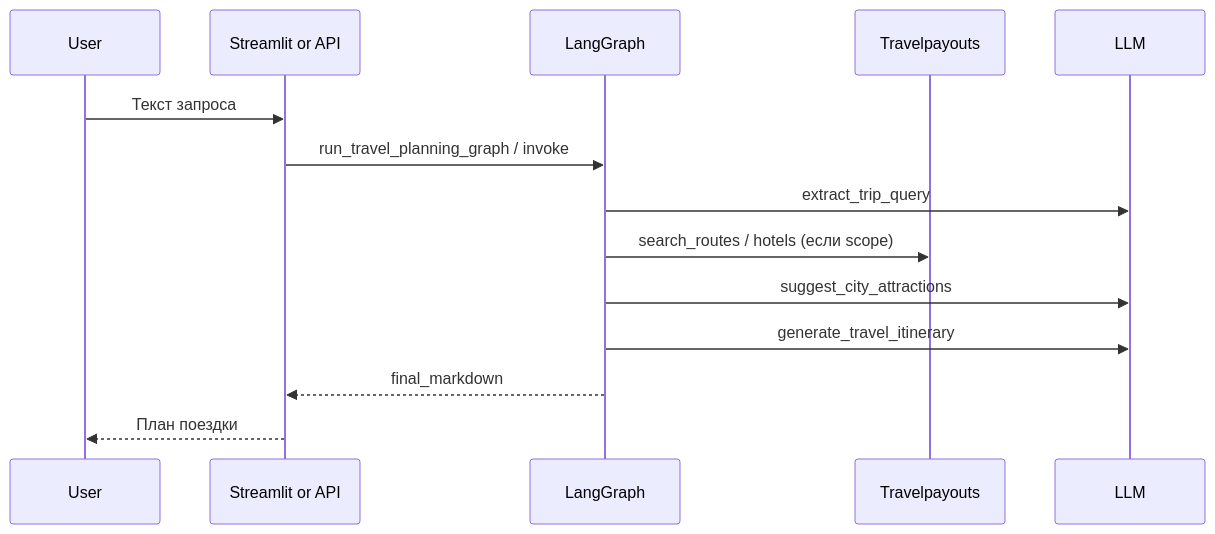
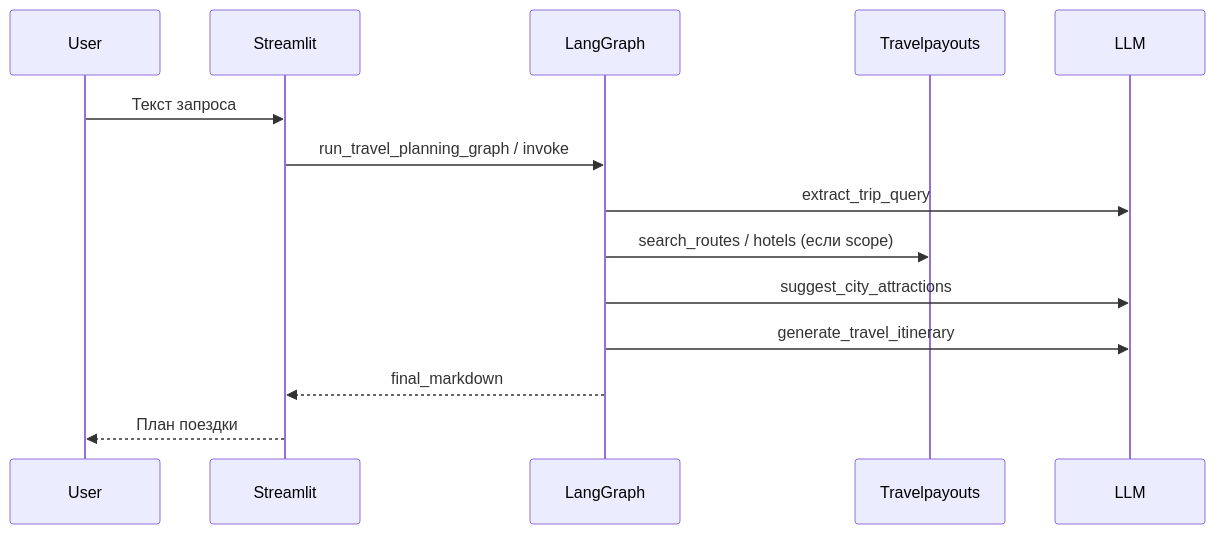
The diagram in docs/diagrams/data-flow.mmd (nastyakon14/AI_Travel_Planning_Agent), drawn with Mermaid before and after one commit. The commit also changed 32 other files, not shown here.

```diff
--- a/docs/diagrams/data-flow.mmd
+++ b/docs/diagrams/data-flow.mmd
@@ -1,15 +1,15 @@
 sequenceDiagram
     participant U as User
-    participant App as Streamlit or API
+    participant App as Streamlit
     participant G as LangGraph
     participant TP as Travelpayouts
     participant L as LLM
 
     U->>App: Текст запроса
     App->>G: run_travel_planning_graph / invoke
     G->>L: extract_trip_query
     G->>TP: search_routes / hotels (если scope)
     G->>L: suggest_city_attractions
     G->>L: generate_travel_itinerary
     G-->>App: final_markdown
     App-->>U: План поездки
```
